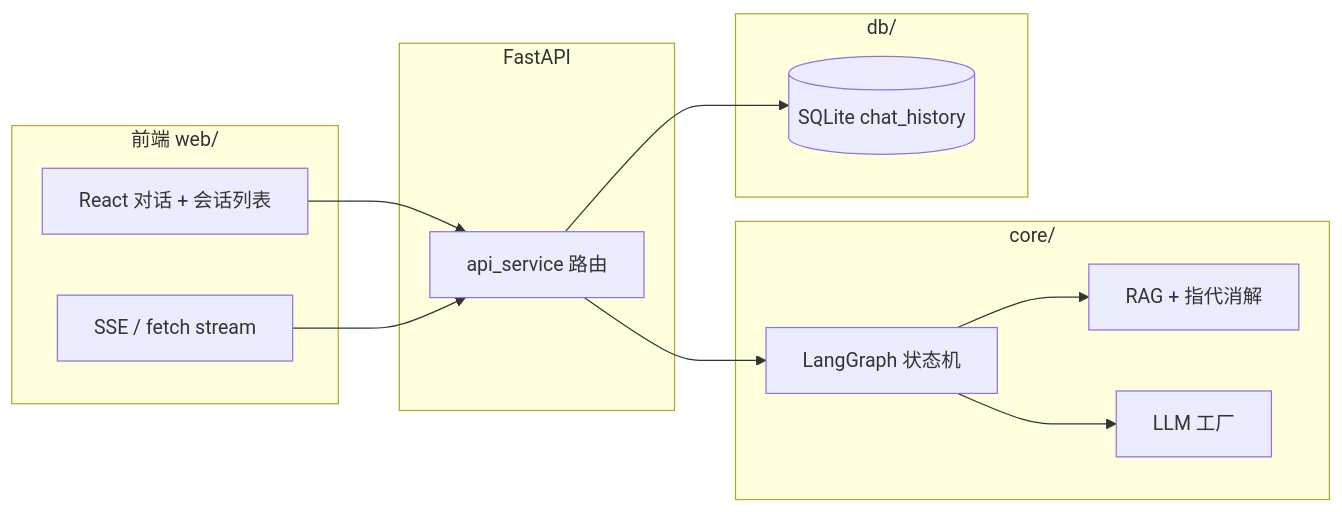
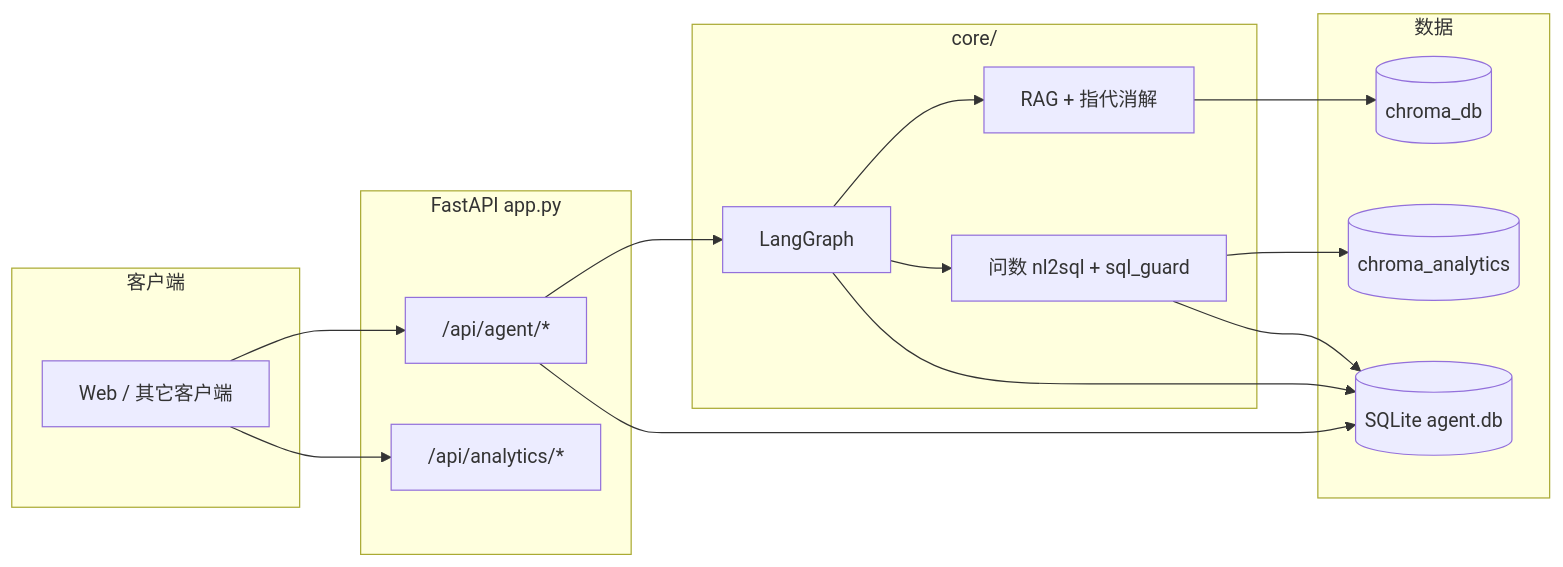
One commit to zhjing1019/zj-agent-service-toolkit changed the diagram in README.md. Above: the diagram before and after it, drawn with Mermaid. The commit also changed other lines of this file and 6 other files, not shown here.

````diff
--- a/README.md
+++ b/README.md
@@ -63,28 +69,34 @@
 ```mermaid
 flowchart LR
-  subgraph client["前端 web/"]
-    UI[React 对话 + 会话列表]
-    SSE[SSE / fetch stream]
+  subgraph client["客户端"]
+    UI[Web / 其它客户端]
   end
 
-  subgraph api["FastAPI"]
-    R[api_service 路由]
+  subgraph api["FastAPI app.py"]
+    A["/api/agent/*"]
+    N["/api/analytics/*"]
   end
 
   subgraph core["core/"]
-    G[LangGraph 状态机]
+    G[LangGraph]
     RAG[RAG + 指代消解]
-    LLM[LLM 工厂]
+    AN[问数 nl2sql + sql_guard]
   end
 
-  subgraph data["db/"]
-    SQL[(SQLite chat_history)]
+  subgraph data["数据"]
+    SQL[(SQLite agent.db)]
+    CH1[(chroma_db)]
+    CH2[(chroma_analytics)]
   end
 
-  UI --> R
-  SSE --> R
-  R --> G
-  G --> LLM
+  UI --> A
+  UI --> N
+  A --> G
   G --> RAG
-  R --> SQL
+  G --> AN
+  RAG --> CH1
+  AN --> CH2
+  AN --> SQL
+  G --> SQL
+  A --> SQL
 ```
````
